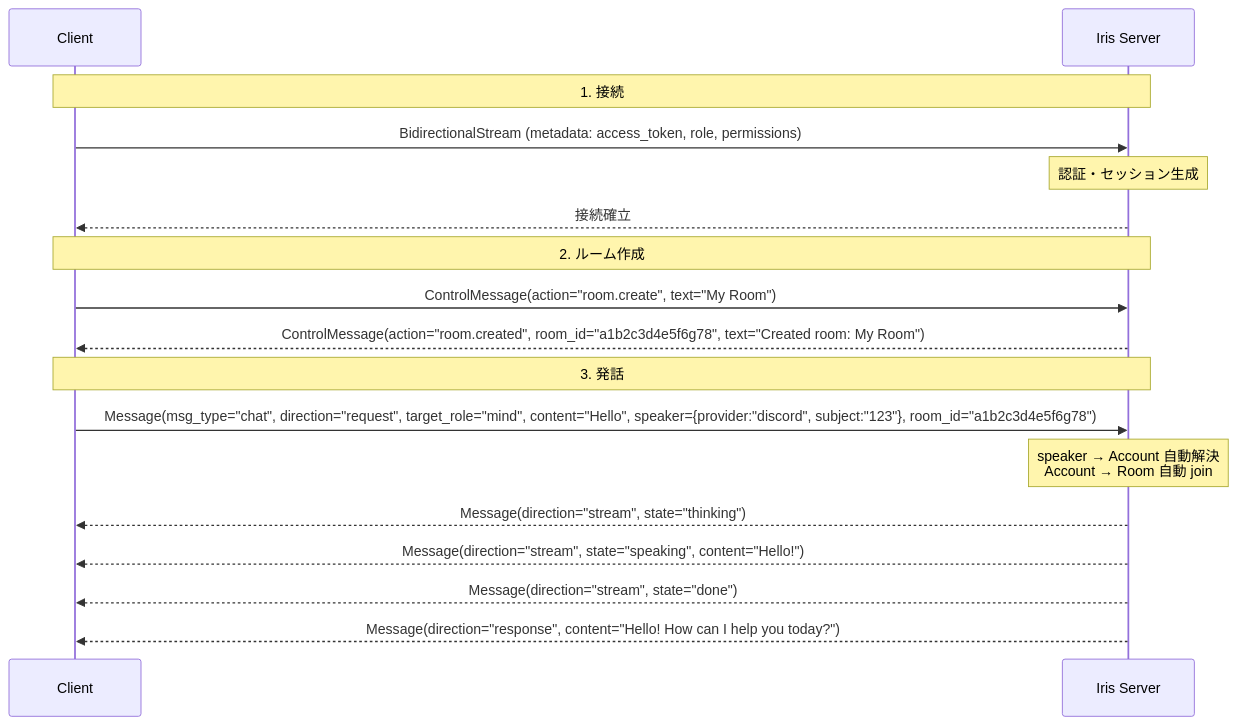
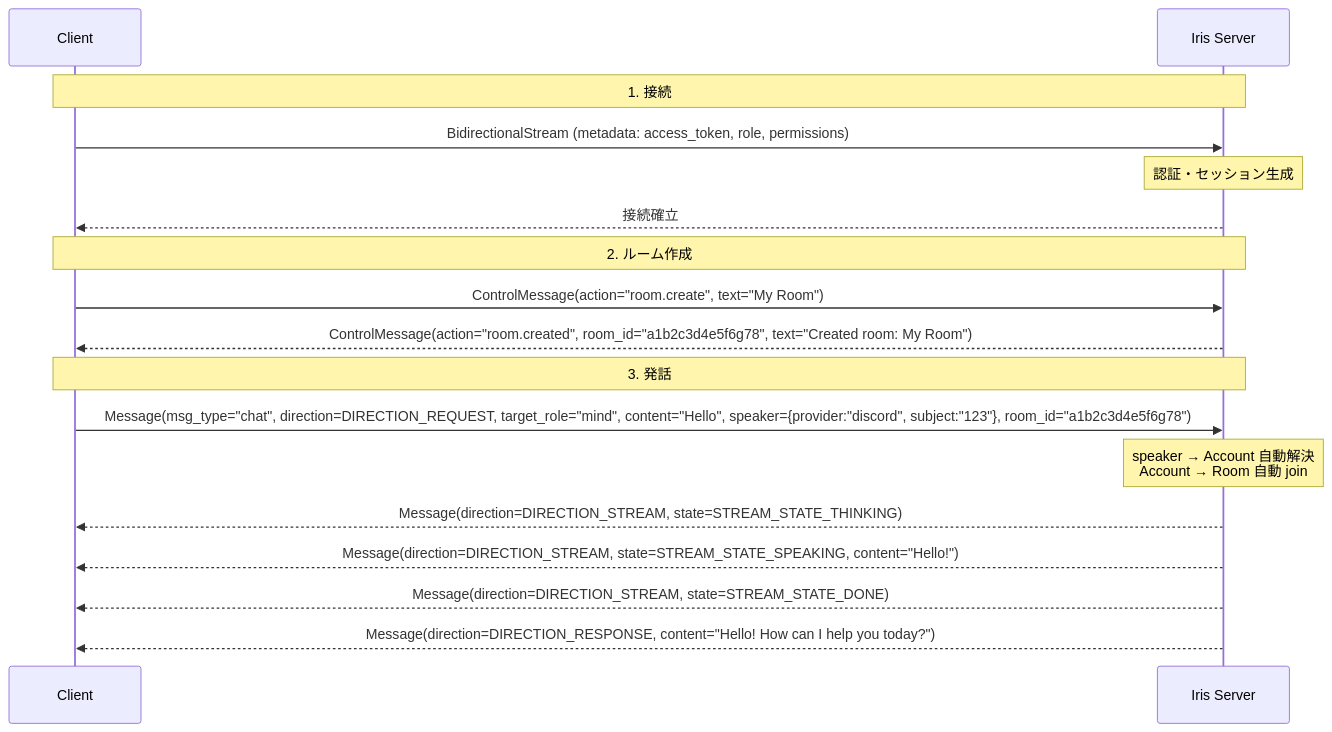
Before and after one commit to ibukani/iris-mind: the first of 6 diagrams in docs/external/protocol-flows.md, drawn with Mermaid. The commit also changed other lines of this file and 8 other files, not shown here.

Commit message:
feat: protoにDirection/StreamState enum追加 + Message.account_id追加 + ドキュメント同期

````diff
--- a/docs/external/protocol-flows.md
+++ b/docs/external/protocol-flows.md
@@ -26,22 +26,22 @@
 ```mermaid
 sequenceDiagram
     participant Client
     participant Server as Iris Server
 
     Note over Client,Server: 1. 接続
     Client->>Server: BidirectionalStream (metadata: access_token, role, permissions)
     Note over Server: 認証・セッション生成
     Server-->>Client: 接続確立
 
     Note over Client,Server: 2. ルーム作成
     Client->>Server: ControlMessage(action="room.create", text="My Room")
     Server-->>Client: ControlMessage(action="room.created", room_id="a1b2c3d4e5f6g78", text="Created room: My Room")
 
     Note over Client,Server: 3. 発話
-    Client->>Server: Message(msg_type="chat", direction="request", target_role="mind", content="Hello", speaker={provider:"discord", subject:"123"}, room_id="a1b2c3d4e5f6g78")
+    Client->>Server: Message(msg_type="chat", direction=DIRECTION_REQUEST, target_role="mind", content="Hello", speaker={provider:"discord", subject:"123"}, room_id="a1b2c3d4e5f6g78")
     Note over Server: speaker → Account 自動解決<br/>Account → Room 自動 join
-    Server-->>Client: Message(direction="stream", state="thinking")
-    Server-->>Client: Message(direction="stream", state="speaking", content="Hello!")
-    Server-->>Client: Message(direction="stream", state="done")
-    Server-->>Client: Message(direction="response", content="Hello! How can I help you today?")
+    Server-->>Client: Message(direction=DIRECTION_STREAM, state=STREAM_STATE_THINKING)
+    Server-->>Client: Message(direction=DIRECTION_STREAM, state=STREAM_STATE_SPEAKING, content="Hello!")
+    Server-->>Client: Message(direction=DIRECTION_STREAM, state=STREAM_STATE_DONE)
+    Server-->>Client: Message(direction=DIRECTION_RESPONSE, content="Hello! How can I help you today?")
 ```
````
